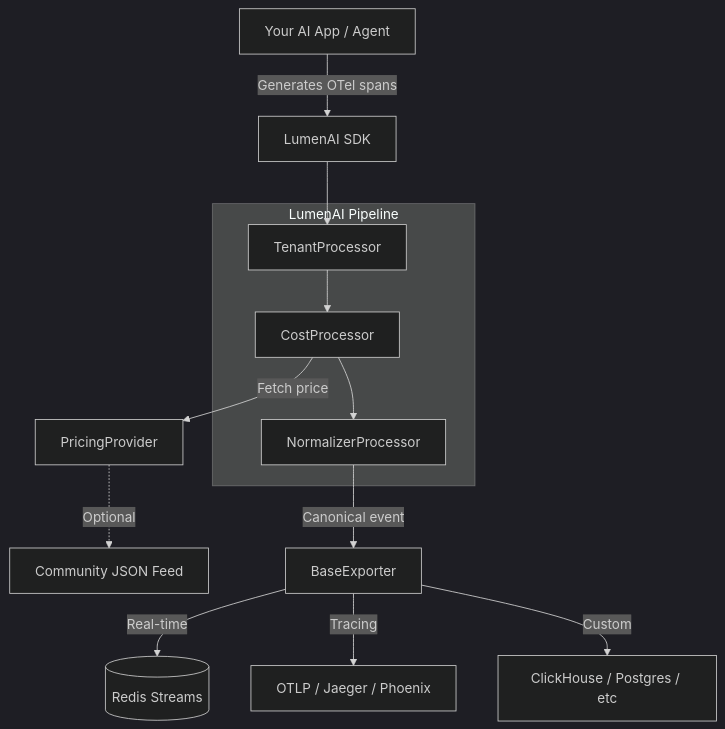
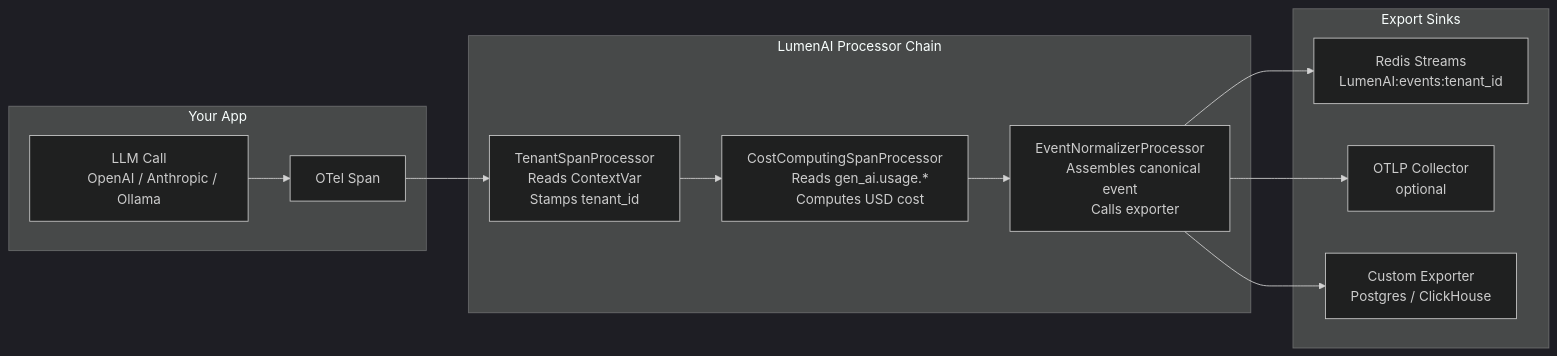
One commit to skarL007/-lumen-ai-sdk changed the first of 4 diagrams in README.md. Above: the diagram before and after it, drawn with Mermaid (dark theme). The commit also changed other lines of this file and 2 other files, not shown here.

````diff
--- a/README.md
+++ b/README.md
@@ -42,20 +88,28 @@
 ```mermaid
-graph TD
-    A["Your AI App / Agent"] -->|"Generates OTel spans"| B["LumenAI SDK"]
-
-    subgraph SDK["LumenAI Pipeline"]
-        B1["TenantProcessor"] --> B2["CostProcessor"]
-        B2 --> B3["NormalizerProcessor"]
+graph LR
+    subgraph "Your App"
+        A["LLM Call
+        OpenAI / Anthropic / Ollama"] --> B[OTel Span]
     end
 
-    B --> B1
+    subgraph "LumenAI Processor Chain"
+        B --> C["TenantSpanProcessor
+        Reads ContextVar
+        Stamps tenant_id"]
+        C --> D["CostComputingSpanProcessor
+        Reads gen_ai.usage.*
+        Computes USD cost"]
+        D --> E["EventNormalizerProcessor
+        Assembles canonical event
+        Calls exporter"]
+    end
 
-    B2 -->|"Fetch price"| P["PricingProvider"]
-    P -.->|"Optional"| C["Community JSON Feed"]
-
-    B3 -->|"Canonical event"| E["BaseExporter"]
-
-    E -->|"Real-time"| R[("Redis Streams")]
-    E -->|"Tracing"| O["OTLP / Jaeger / Phoenix"]
-    E -->|"Custom"| X["ClickHouse / Postgres / etc"]
+    subgraph "Export Sinks"
+        E --> F["Redis Streams
+        LumenAI:events:tenant_id"]
+        E --> G["OTLP Collector
+        optional"]
+        E --> H["Custom Exporter
+        Postgres / ClickHouse"]
+    end
 ```
````
